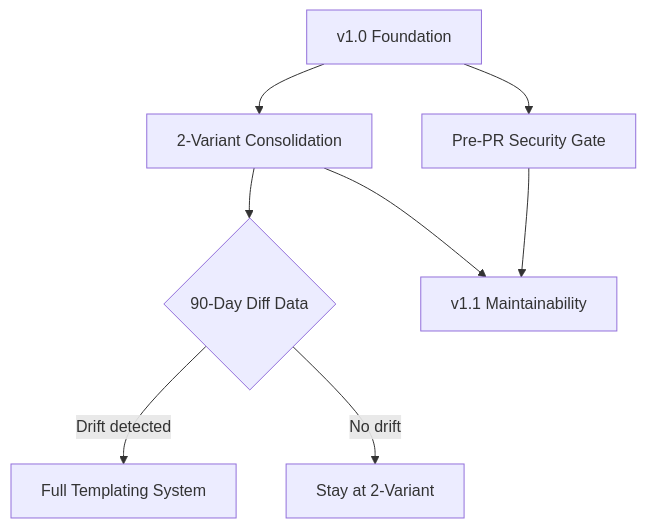
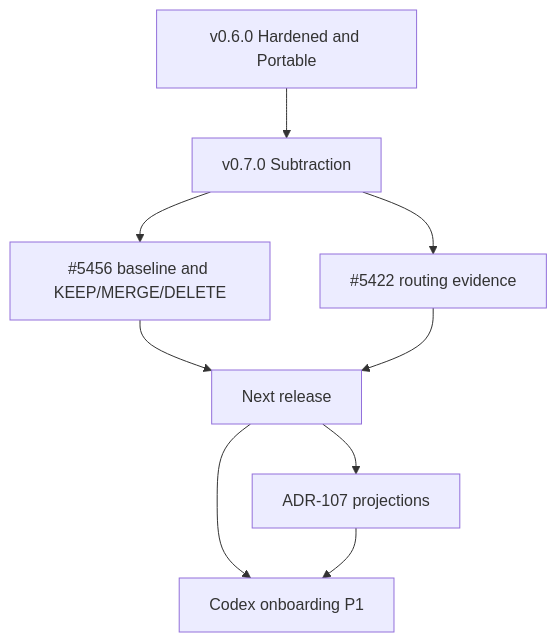
Before and after one commit to rjmurillo/ai-agents: the diagram in .project-toolkit/roadmap/product-roadmap.md, drawn with Mermaid. The commit also changed other lines of this file and 3 other files, not shown here.

First line of the commit message:
docs(roadmap): refresh roadmap from milestone history and reset platform priority (#5912)

````diff
--- a/.project-toolkit/roadmap/product-roadmap.md
+++ b/.project-toolkit/roadmap/product-roadmap.md
@@ -204,10 +164,11 @@
 ```mermaid
 graph TD
-    A[v1.0 Foundation] --> B[2-Variant Consolidation]
-    A --> C[Pre-PR Security Gate]
-    B --> D{90-Day Diff Data}
-    D -->|Drift detected| E[Full Templating System]
-    D -->|No drift| F[Stay at 2-Variant]
-    C --> G[v1.1 Maintainability]
-    B --> G
+    A[v0.6.0 Hardened and Portable] --> B[v0.7.0 Subtraction]
+    B --> C[#5456 baseline and KEEP/MERGE/DELETE]
+    B --> D[#5422 routing evidence]
+    C --> E[Next release]
+    D --> E
+    E --> F[Codex onboarding P1]
+    E --> G[ADR-107 projections]
+    G --> F
 ```
````
